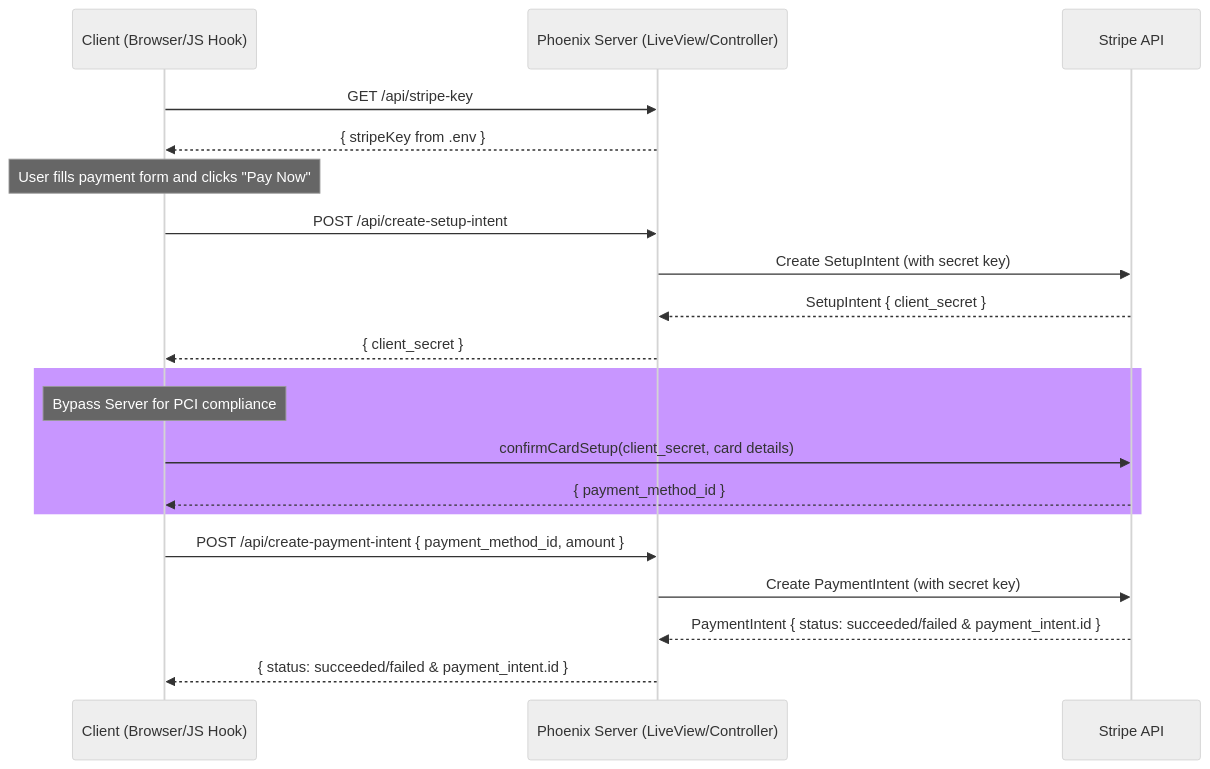
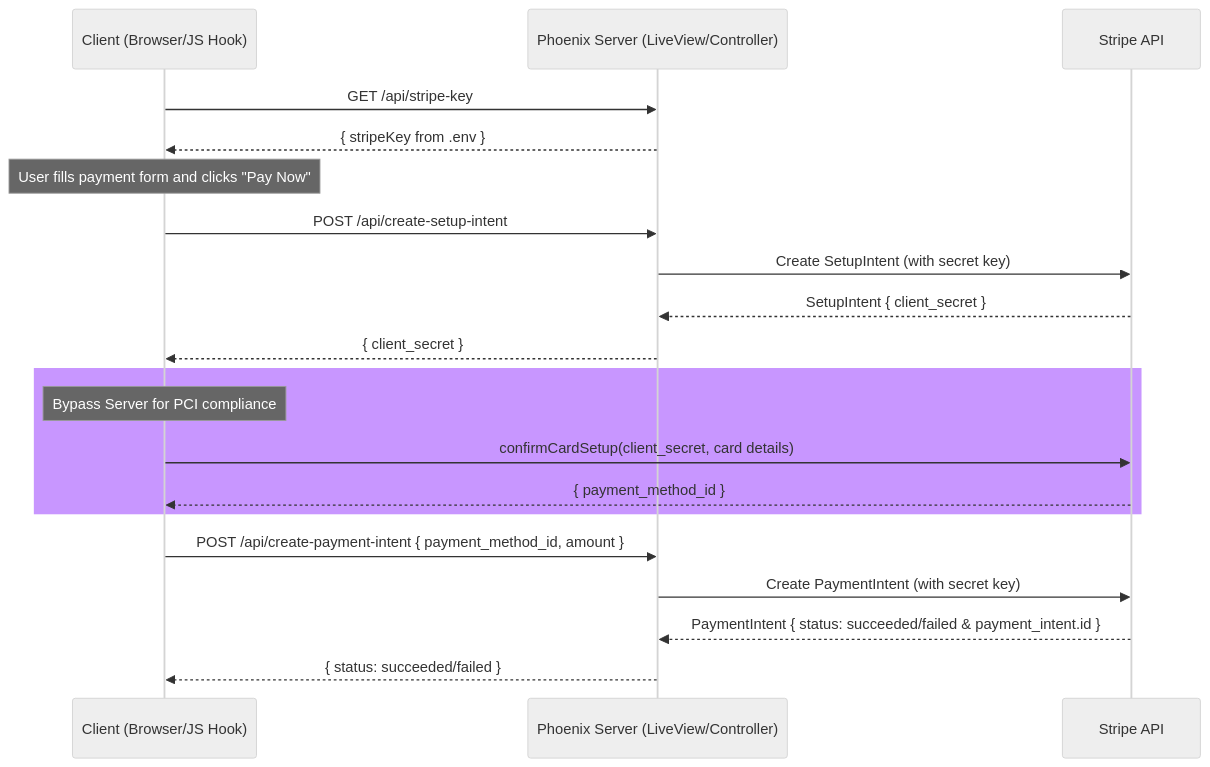
Before and after one commit to willbonney/phoenix-stripe: the diagram in README.md, drawn with Mermaid (neutral theme). The commit also changed 1 other file, not shown here.

````diff
--- a/README.md
+++ b/README.md
@@ -4,22 +4,22 @@
 ```mermaid
 sequenceDiagram
     participant Client as Client (Browser/JS Hook)
     participant Server as Phoenix Server (LiveView/Controller)
     participant Stripe as Stripe API
     Client->>Server: GET /api/stripe-key
     Server-->>Client: { stripeKey from .env }
     Note over Client: User fills payment form and clicks "Pay Now"
     Client->>Server: POST /api/create-setup-intent
     Server->>Stripe: Create SetupIntent (with secret key)
     Stripe-->>Server: SetupIntent { client_secret }
     Server-->>Client: { client_secret }
     rect rgb(200, 150, 255)
     Note over Client: Bypass Server for PCI compliance
     Client->>Stripe: confirmCardSetup(client_secret, card details)
     Stripe-->>Client: { payment_method_id }
     end
     Client->>Server: POST /api/create-payment-intent { payment_method_id, amount }
     Server->>Stripe: Create PaymentIntent (with secret key)
     Stripe-->>Server: PaymentIntent { status: succeeded/failed & payment_intent.id }
-    Server-->>Client: { status: succeeded/failed & payment_intent.id }
+    Server-->>Client: { status: succeeded/failed }
 ```
````
